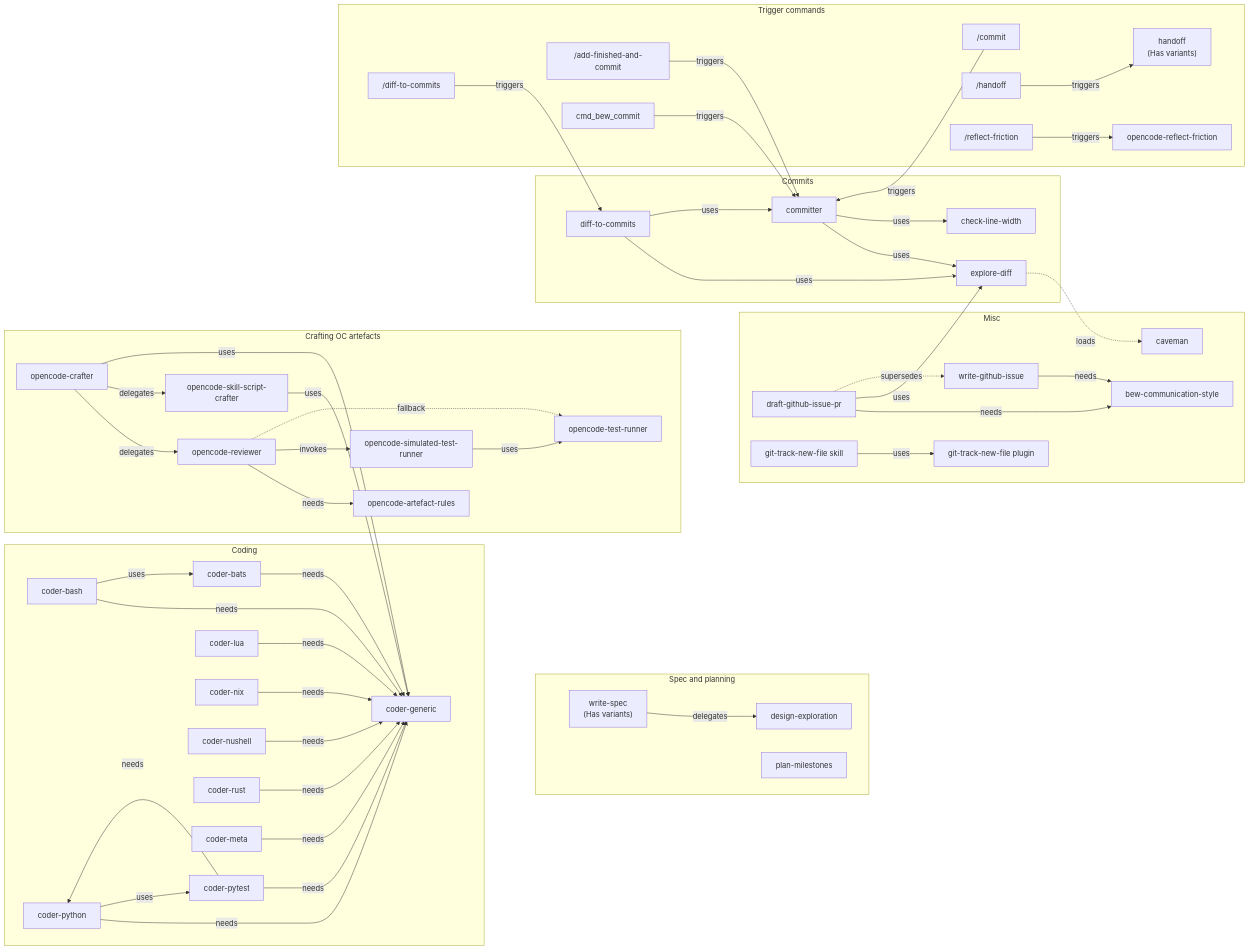
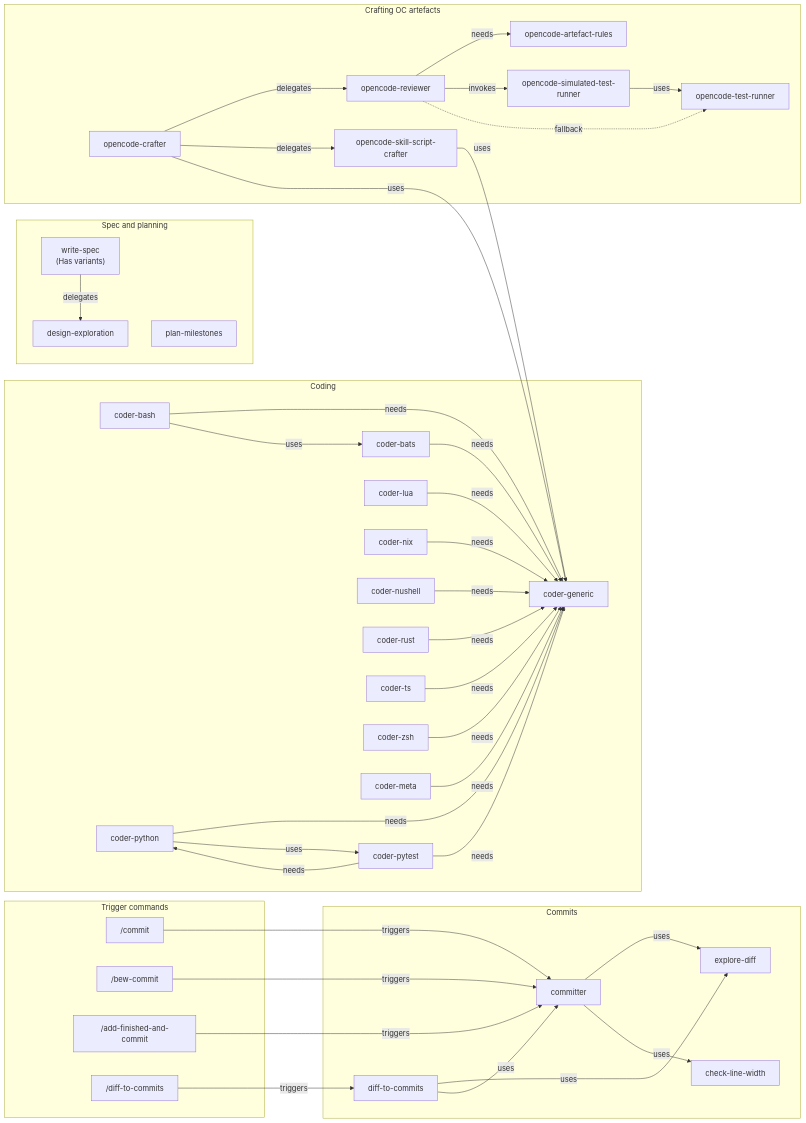
The first of 2 diagrams in opencode/MY_AI_STUFF.md (bew/dotfiles), drawn with Mermaid before and after one commit. The commit also changed other lines of this file and 1 other file, not shown here.

Commit message:
oc(docs): Split the catalogue graph into complex and remaining views

````diff
--- a/opencode/MY_AI_STUFF.md
+++ b/opencode/MY_AI_STUFF.md
@@ -36,6 +38,8 @@
     sk_coder_nix["coder-nix"]
     sk_coder_nushell["coder-nushell"]
     sk_coder_rust["coder-rust"]
+    sk_coder_ts["coder-ts"]
+    sk_coder_zsh["coder-zsh"]
     sk_coder_meta["coder-meta"]
     sk_coder_bash -->|needs| sk_coder_generic
     sk_coder_bash -->|uses| sk_coder_bats
@@ -48,6 +52,8 @@
     sk_coder_nix -->|needs| sk_coder_generic
     sk_coder_nushell -->|needs| sk_coder_generic
     sk_coder_rust -->|needs| sk_coder_generic
+    sk_coder_ts -->|needs| sk_coder_generic
+    sk_coder_zsh -->|needs| sk_coder_generic
     sk_coder_meta -->|needs| sk_coder_generic
     sk_crafter -->|uses| sk_coder_generic
     ag_script_crafter -->|uses| sk_coder_generic
@@ -73,43 +79,12 @@
 
   subgraph trig[Trigger commands]
     cmd_commit["/commit"]
+    cmd_bew_commit["/bew-commit"]
     cmd_add_commit["/add-finished-and-commit"]
     cmd_diff2commits["/diff-to-commits"]
-    cmd_handoff["/handoff"]
-    cmd_friction["/reflect-friction"]
     cmd_commit -->|triggers| sk_committer
+    cmd_bew_commit -->|triggers| sk_committer
     cmd_add_commit -->|triggers| sk_committer
-    cmd_bew_commit -->|triggers| sk_committer
     cmd_diff2commits -->|triggers| sk_diff2commits
-    cmd_handoff -->|triggers| sk_handoff
-    cmd_friction -->|triggers| sk_reflect_frict
   end
-
-  subgraph misc[Misc]
-    sk_handoff["handoff<br/>(Has variants)"]
-    sk_git_track_skill["git-track-new-file skill"]
-    plug_git_track["git-track-new-file plugin"]
-    sk_github_issue["write-github-issue"]
-    sk_draft_gh["draft-github-issue-pr"]
-    sk_bew_comm_style["bew-communication-style"]
-    sk_cav["caveman"]
-    sk_reflect_frict["opencode-reflect-friction"]
-    sk_git_track_skill -->|uses| plug_git_track
-    sk_github_issue -->|needs| sk_bew_comm_style
-    sk_draft_gh -->|needs| sk_bew_comm_style
-    sk_draft_gh -->|uses| ag_explore_diff
-    sk_draft_gh -. supersedes .-> sk_github_issue
-    ag_explore_diff -. loads .-> sk_cav
-  end
-
-  %% Invisible layout spine: force the section order as written
-  %% (craft → code → spec → commit → trig → misc).
-  sk_coder_generic ~~~ sk_write_spec
-  sk_write_spec ~~~ sk_committer
-  sk_committer ~~~ cmd_commit
-  cmd_commit ~~~ sk_handoff
-
-  %% Invisible links pinning `misc`'s root nodes after a late-ranked group.
-  sk_test_runner ~~~ sk_git_track_skill
-  sk_test_runner ~~~ sk_draft_gh
 ```
````
